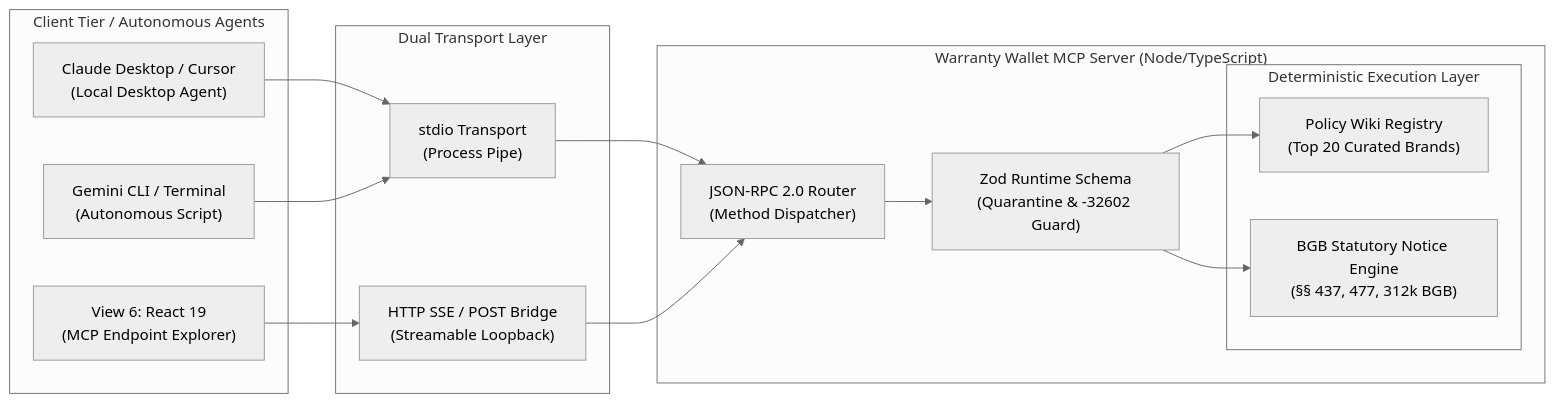
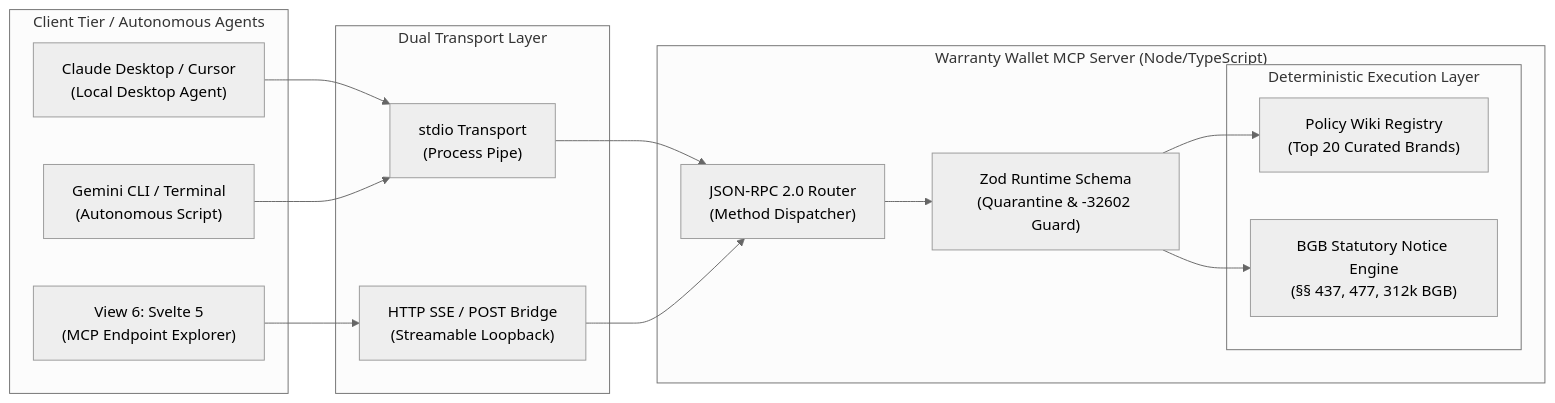
One commit to ettefagh/Rights-and-Renewals changed the first of 2 diagrams in development-documents/development-lead/03_MCP_Server_and_JSON_RPC_Integration_Spec.md. Above: the diagram before and after it, drawn with Mermaid (neutral theme). The commit also changed other lines of this file and 27 other files, not shown here.

Commit message:
docs(architecture): migrate development specifications to Astro 6, Svelte 5 Runes, and Cloudflare topology

````diff
--- a/development-documents/development-lead/03_MCP_Server_and_JSON_RPC_Integration_Spec.md
+++ b/development-documents/development-lead/03_MCP_Server_and_JSON_RPC_Integration_Spec.md
@@ -38,33 +38,33 @@
 ```mermaid
 flowchart LR
     subgraph HostAgents["Client Tier / Autonomous Agents"]
         Claude["Claude Desktop / Cursor\n(Local Desktop Agent)"]
         CLI["Gemini CLI / Terminal\n(Autonomous Script)"]
-        View6["View 6: React 19\n(MCP Endpoint Explorer)"]
+        View6["View 6: Svelte 5\n(MCP Endpoint Explorer)"]
     end
 
     subgraph Transports["Dual Transport Layer"]
         Stdio["stdio Transport\n(Process Pipe)"]
         SSE["HTTP SSE / POST Bridge\n(Streamable Loopback)"]
     end
 
     subgraph CoreEngine["Warranty Wallet MCP Server (Node/TypeScript)"]
         Router["JSON-RPC 2.0 Router\n(Method Dispatcher)"]
         ZodValidator["Zod Runtime Schema\n(Quarantine & -32602 Guard)"]
         
         subgraph Services["Deterministic Execution Layer"]
             WikiGraph["Policy Wiki Registry\n(Top 20 Curated Brands)"]
             LegalEngine["BGB Statutory Notice Engine\n(§§ 437, 477, 312k BGB)"]
         end
     end
 
     Claude --> Stdio
     CLI --> Stdio
     View6 --> SSE
 
     Stdio --> Router
     SSE --> Router
     Router --> ZodValidator
     ZodValidator --> WikiGraph
     ZodValidator --> LegalEngine
 ```
````
